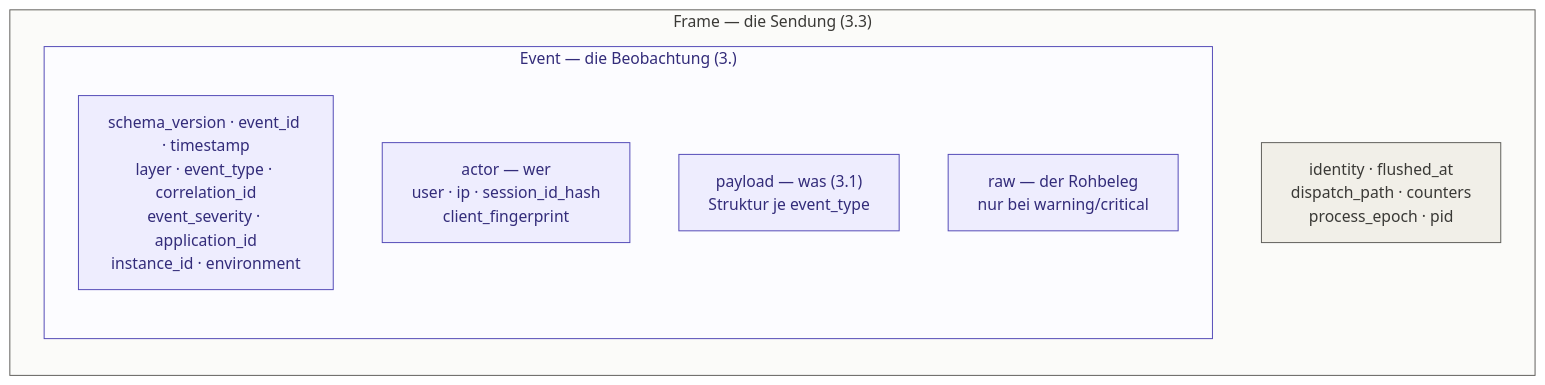
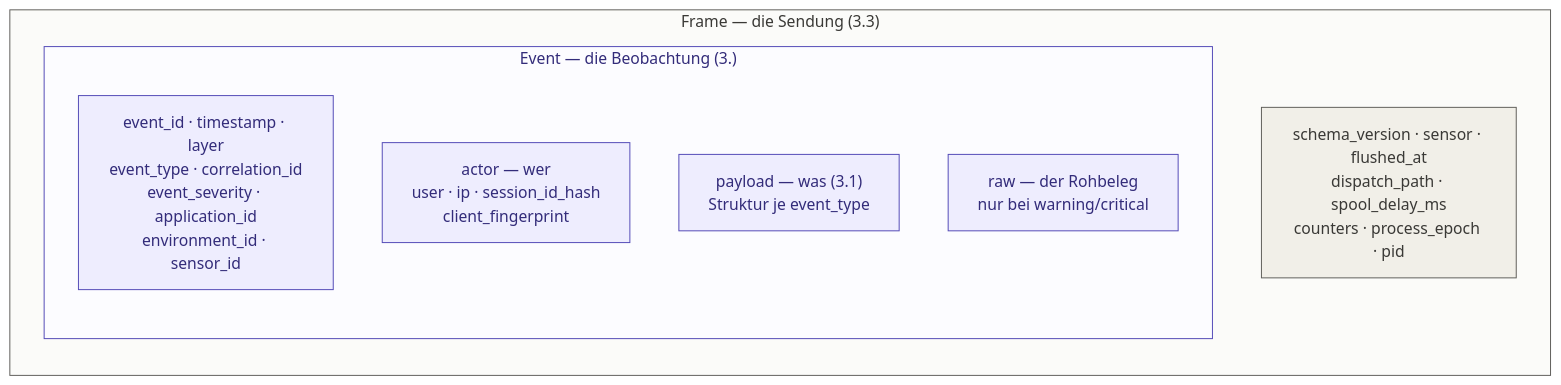
The diagram in doc/03-ereignisformat.md (projektmotor/ids-sensor-bundle), drawn with Mermaid before and after one commit. The commit also changed other lines of this file and 62 other files, not shown here.

````diff
--- a/doc/03-ereignisformat.md
+++ b/doc/03-ereignisformat.md
@@ -18,22 +18,22 @@
 ```mermaid
 flowchart TB
     subgraph frame["Frame — die Sendung (3.3)"]
         direction TB
-        fmeta["identity · flushed_at<br/>dispatch_path · counters<br/>process_epoch · pid"]
+        fmeta["schema_version · sensor · flushed_at<br/>dispatch_path · spool_delay_ms<br/>counters · process_epoch · pid"]
 
         subgraph event["Event — die Beobachtung (3.)"]
             direction TB
-            emeta["schema_version · event_id · timestamp<br/>layer · event_type · correlation_id<br/>event_severity · application_id<br/>instance_id · environment"]
+            emeta["event_id · timestamp · layer<br/>event_type · correlation_id<br/>event_severity · application_id<br/>environment_id · sensor_id"]
             actor["actor — wer<br/>user · ip · session_id_hash<br/>client_fingerprint"]
             payload["payload — was (3.1)<br/>Struktur je event_type"]
             raw["raw — der Rohbeleg<br/>nur bei warning/critical"]
         end
     end
 
     classDef transport fill:#F1EFE8,stroke:#5F5E5A,color:#3A3936
     classDef data fill:#EEEDFE,stroke:#534AB7,color:#332C7A
     class fmeta transport
     class emeta,actor,payload,raw data
     style frame fill:#FBFBF9,stroke:#5F5E5A,color:#3A3936
     style event fill:#FCFCFF,stroke:#534AB7,color:#332C7A
 ```
````
